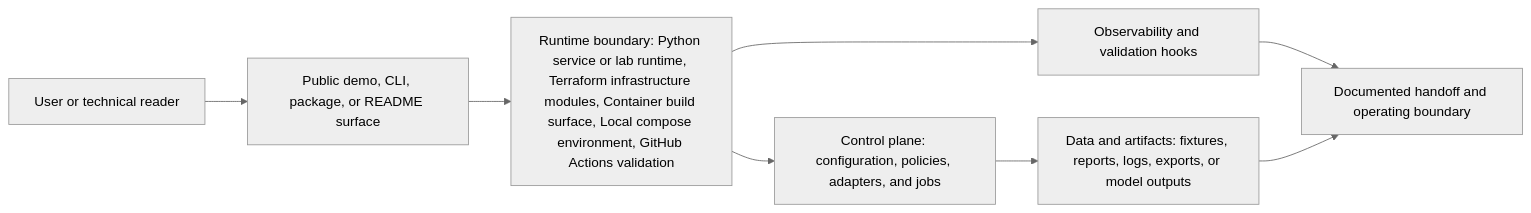
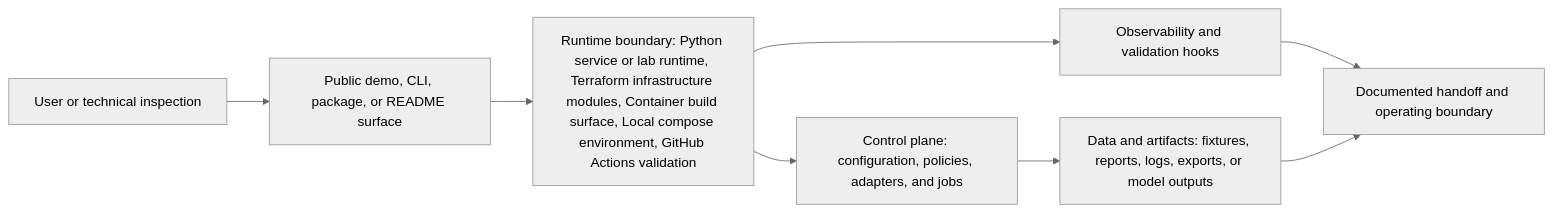
Before and after one commit to KIM3310/enterprise-llm-adoption-kit: the diagram in docs/system-architecture.md, drawn with Mermaid (neutral theme). The commit also changed 55 other files, not shown here.

Commit message:
Polish architecture-centered repository surfaces

````diff
--- a/docs/system-architecture.md
+++ b/docs/system-architecture.md
@@ -18,10 +18,10 @@
 ```mermaid
 flowchart LR
-    User["User or technical reader"] --> Surface["Public demo, CLI, package, or README surface"]
+    User["User or technical inspection"] --> Surface["Public demo, CLI, package, or README surface"]
     Surface --> Runtime["Runtime boundary: Python service or lab runtime, Terraform infrastructure modules, Container build surface, Local compose environment, GitHub Actions validation"]
     Runtime --> Control["Control plane: configuration, policies, adapters, and jobs"]
     Control --> Data["Data and artifacts: fixtures, reports, logs, exports, or model outputs"]
     Runtime --> Observability["Observability and validation hooks"]
     Observability --> Handoff["Documented handoff and operating boundary"]
     Data --> Handoff
 ```
````
